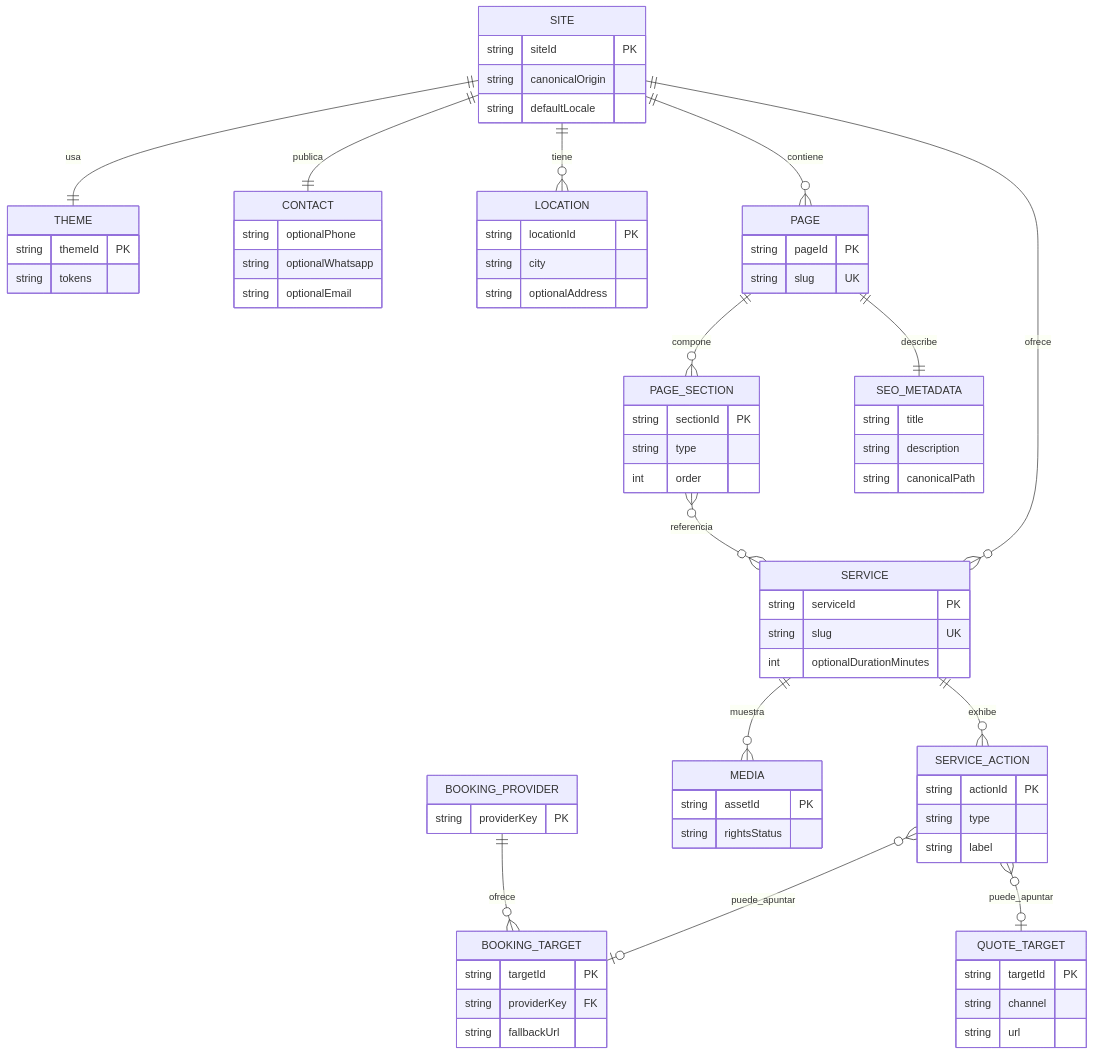
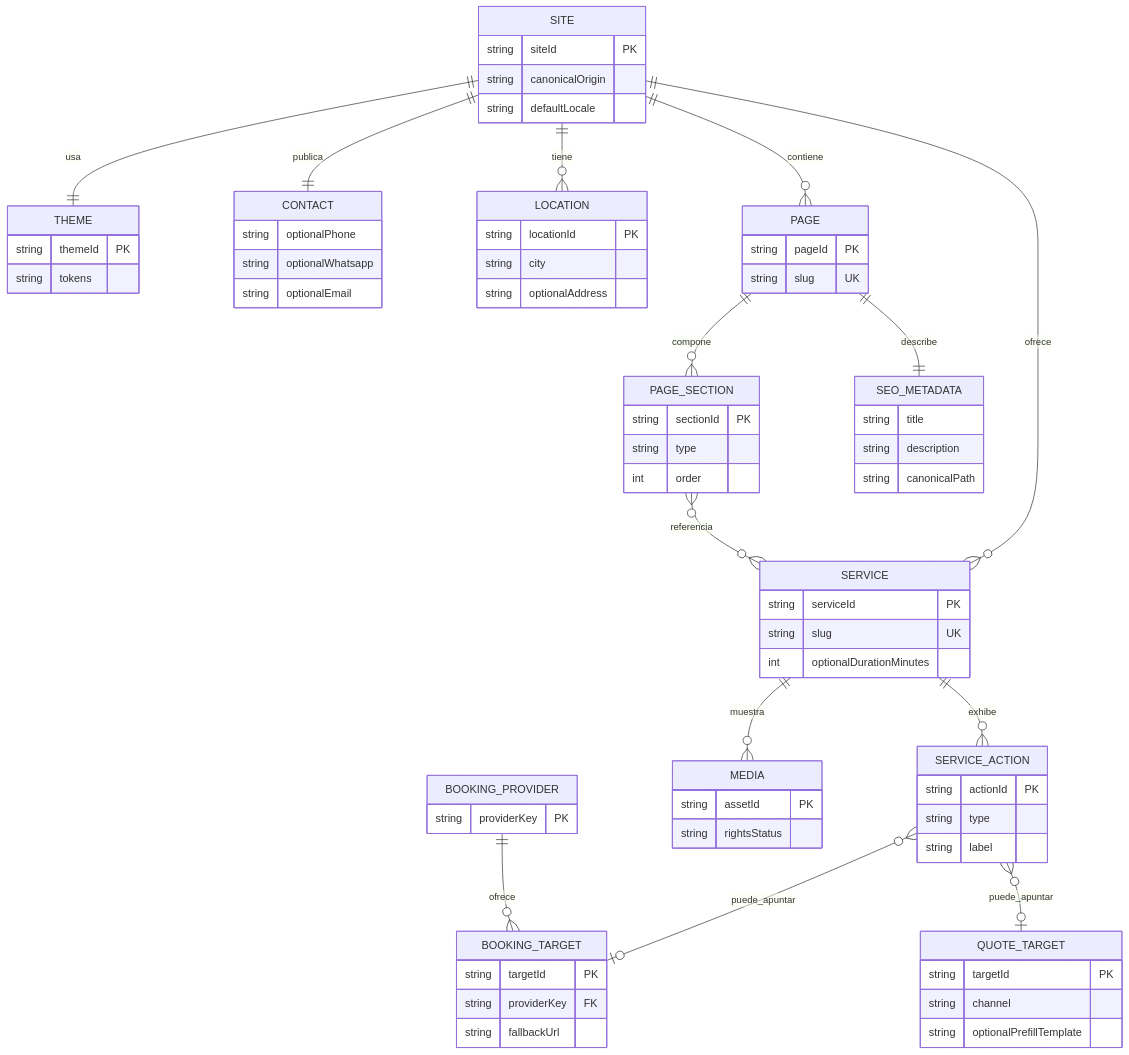
The second of 2 diagrams in docs/03-domain-model.md (Gonzalo-Linares/Littzite), drawn with Mermaid before and after one commit. The commit also changed other lines of this file and 18 other files, not shown here.

````diff
--- a/docs/03-domain-model.md
+++ b/docs/03-domain-model.md
@@ -130,76 +132,76 @@
 ```mermaid
 erDiagram
   SITE ||--|| THEME : usa
   SITE ||--|| CONTACT : publica
   SITE ||--o{ LOCATION : tiene
   SITE ||--o{ PAGE : contiene
   SITE ||--o{ SERVICE : ofrece
   PAGE ||--o{ PAGE_SECTION : compone
   PAGE_SECTION }o--o{ SERVICE : referencia
   SERVICE ||--o{ SERVICE_ACTION : exhibe
   SERVICE ||--o{ MEDIA : muestra
   SERVICE_ACTION }o--o| BOOKING_TARGET : puede_apuntar
   SERVICE_ACTION }o--o| QUOTE_TARGET : puede_apuntar
   BOOKING_PROVIDER ||--o{ BOOKING_TARGET : ofrece
   PAGE ||--|| SEO_METADATA : describe
   SITE {
     string siteId PK
     string canonicalOrigin
     string defaultLocale
   }
   THEME {
     string themeId PK
     string tokens
   }
   CONTACT {
     string optionalPhone
     string optionalWhatsapp
     string optionalEmail
   }
   LOCATION {
     string locationId PK
     string city
     string optionalAddress
   }
   PAGE {
     string pageId PK
     string slug UK
   }
   PAGE_SECTION {
     string sectionId PK
     string type
     int order
   }
   SERVICE {
     string serviceId PK
     string slug UK
     int optionalDurationMinutes
   }
   SERVICE_ACTION {
     string actionId PK
     string type
     string label
   }
   BOOKING_PROVIDER {
     string providerKey PK
   }
   BOOKING_TARGET {
     string targetId PK
     string providerKey FK
     string fallbackUrl
   }
   QUOTE_TARGET {
     string targetId PK
     string channel
-    string url
+    string optionalPrefillTemplate
   }
   MEDIA {
     string assetId PK
     string rightsStatus
   }
   SEO_METADATA {
     string title
     string description
     string canonicalPath
   }
 ```
````
